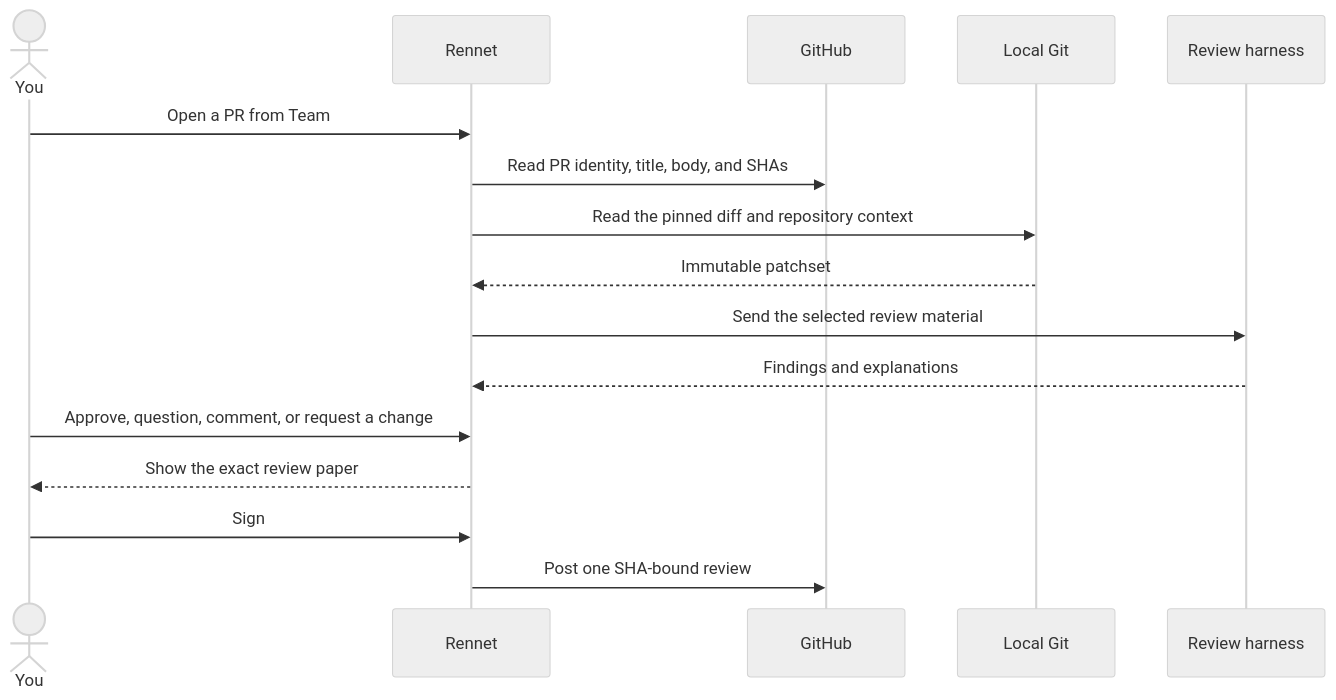
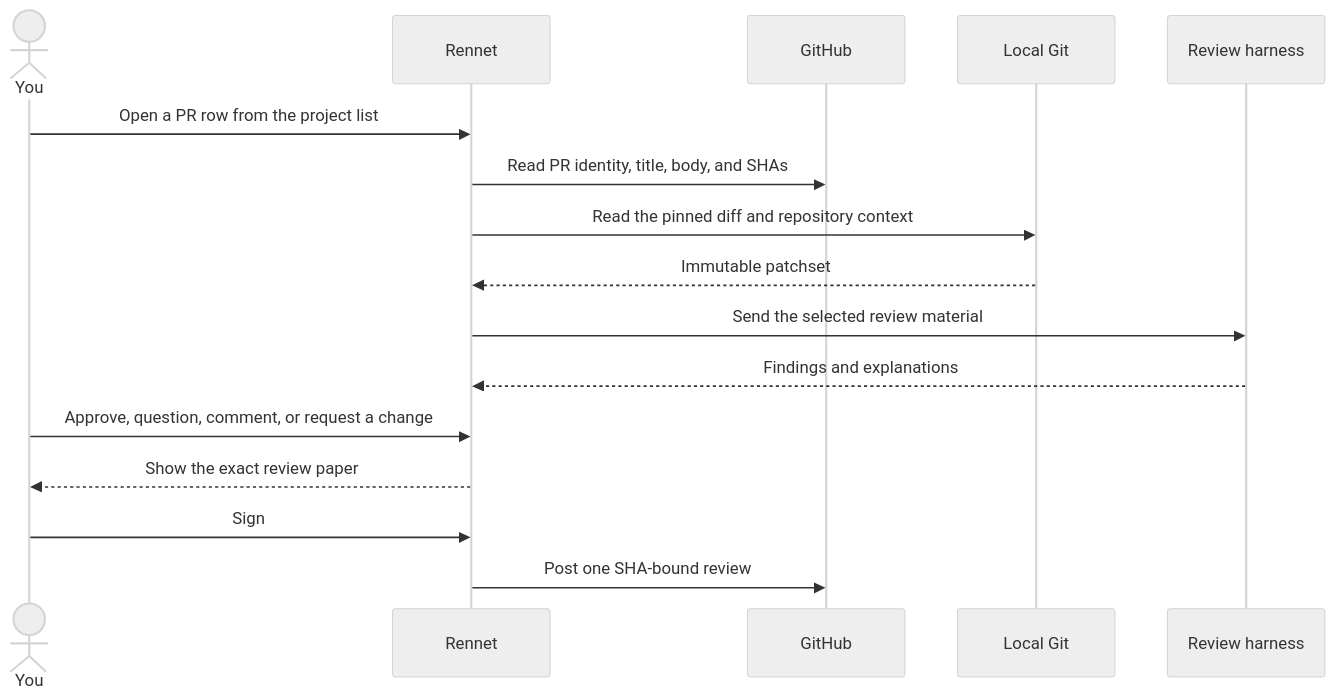
The first of 3 diagrams in docs/src/content/docs/using/guide/reviewing-a-github-pr.md (rbutera/Rennet), drawn with Mermaid (neutral theme) before and after one commit. The commit also changed other lines of this file and 21 other files, not shown here.

Commit message:
docs: restore architecture truth and review semantics

````diff
--- a/docs/src/content/docs/using/guide/reviewing-a-github-pr.md
+++ b/docs/src/content/docs/using/guide/reviewing-a-github-pr.md
@@ -30,19 +30,19 @@
 ```mermaid
 sequenceDiagram
   actor You
   participant Rennet
   participant GitHub
   participant Git as Local Git
   participant Harness as Review harness
 
-  You->>Rennet: Open a PR from Team
+  You->>Rennet: Open a PR row from the project list
   Rennet->>GitHub: Read PR identity, title, body, and SHAs
   Rennet->>Git: Read the pinned diff and repository context
   Git-->>Rennet: Immutable patchset
   Rennet->>Harness: Send the selected review material
   Harness-->>Rennet: Findings and explanations
   You->>Rennet: Approve, question, comment, or request a change
   Rennet-->>You: Show the exact review paper
   You->>Rennet: Sign
   Rennet->>GitHub: Post one SHA-bound review
 ```
````
